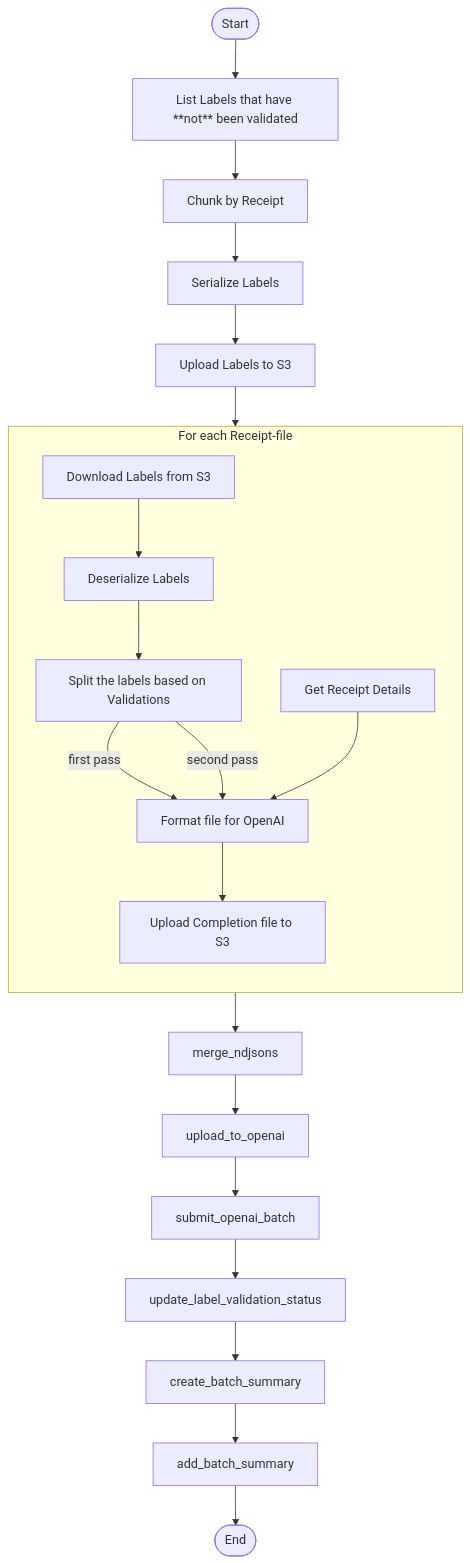
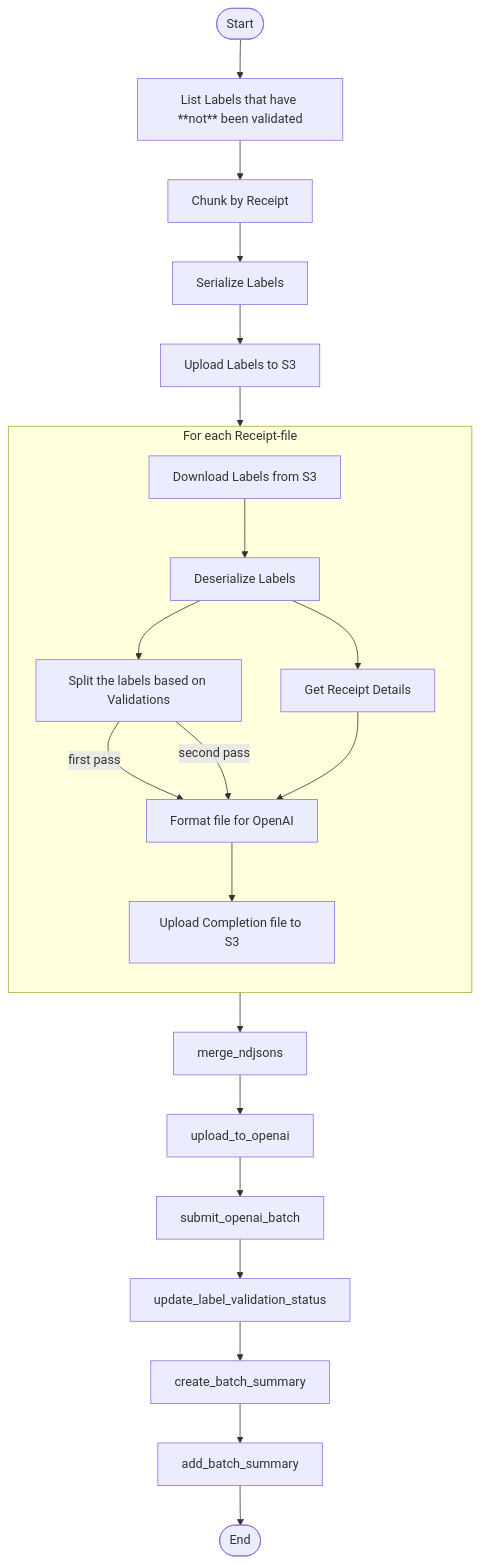
Before and after one commit to tnorlund/Portfolio: the diagram in receipt_label/receipt_label/submit_completion_batch/README.md, drawn with Mermaid.

````diff
--- a/receipt_label/receipt_label/submit_completion_batch/README.md
+++ b/receipt_label/receipt_label/submit_completion_batch/README.md
@@ -133,29 +133,30 @@
 ```mermaid
 flowchart TB
     %% ───────── Stage 1 : List Labels that need Validation ─────────
     Start([Start]) --> list_labels_that_need_validation["List Labels that have **not** been validated"]
     list_labels_that_need_validation --> chunk_into_completion_batches["Chunk by Receipt"]
     chunk_into_completion_batches --> serialize_labels["Serialize Labels"]
     serialize_labels --> upload_serialized_labels["Upload Labels to S3"]
     upload_serialized_labels --> PerReceiptMap
 
     %% ───────── Stage 2 : Format Completions ─────────
     subgraph PerReceiptMap["For each Receipt-file"]
         direction TB
         download_serialized_labels["Download Labels from S3"] --> deserialize_labels["Deserialize Labels"]
         deserialize_labels --> split_first_and_second_pass["Split the labels based on Validations"]
+        deserialize_labels --> get_receipt_details["Get Receipt Details"]
         split_first_and_second_pass -- first pass --> format_batch_completion_file["Format file for OpenAI"]
         split_first_and_second_pass -- second pass --> format_batch_completion_file
-        get_receipt_details["Get Receipt Details"] --> format_batch_completion_file
+        get_receipt_details --> format_batch_completion_file
         format_batch_completion_file --> upload_completion_batch_file["Upload Completion file to S3"]
     end
 
     %% ───────── Stage 3 : Batch for OpenAI ─────────
     PerReceiptMap --> merge_ndjsons
     merge_ndjsons --> upload_to_openai
     upload_to_openai --> submit_openai_batch
     submit_openai_batch --> update_label_validation_status
     update_label_validation_status --> create_batch_summary
     create_batch_summary --> add_batch_summary
     add_batch_summary --> End([End])
 ```
````
